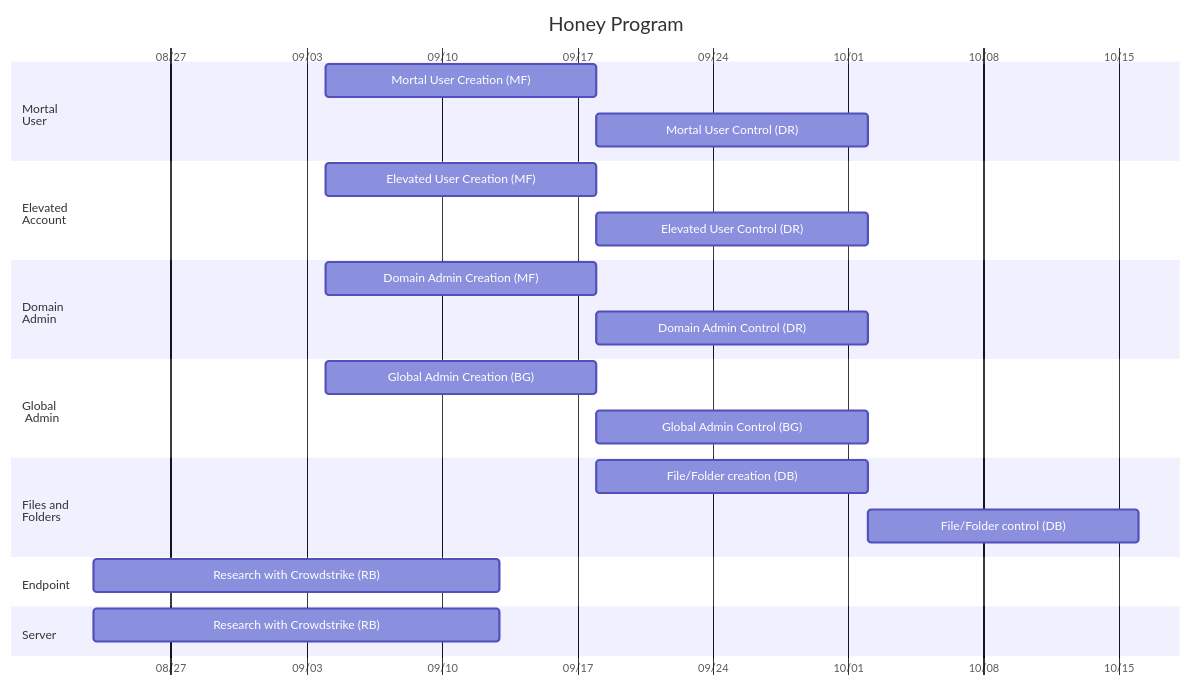
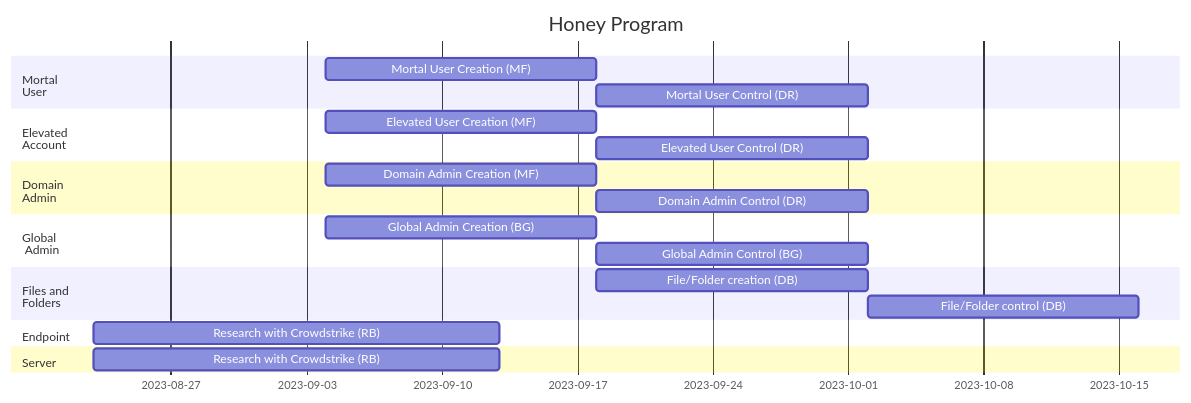
The diagram in Honey.md (stahler/MermaidDiagrams), drawn with Mermaid before and after one commit.

Commit message:
Update format

````diff
--- a/Honey.md
+++ b/Honey.md
@@ -1,46 +1,50 @@
 ```mermaid
-%%{init:{
-    "gantt":{
-        "titleTopMargin":20,
-        "numberSectionStyles":2,
-        "topAxis":"true",
-        "barHeight":30,
-        "barGap":15
+%%{init:
+    {
+        "gantt":{
+            "titleTopMargin":25,
+            "leftPadding":80,
+            "numberSectionStyles":2,
+            %%"topAxis":"true",
+            "axisFormat":"%b-%Y",
+            "barHeight":30,
+            "barGap":15,
+            "useMaxWidth": true
+        }
     }
-}}%%
+}%%
 
 gantt
     title Honey Program
     dateFormat  YYYY-MM-DD
     todayMarker stroke-width:5px,stroke:green,opacity:0.5
     tickInterval 1week
-    axisFormat %m/%d
     %% excludes 2023-09-04, Weekends
     
 section Mortal<br>User
 Mortal User Creation (MF)       :m1,2023-09-04,2w
 Mortal User Control (DR)        :after m1,2w
 
 section Elevated<br>Account
 Elevated User Creation (MF)     :e1,2023-09-04,2w
 Elevated User Control (DR)      :after e1,2w
 
 section Domain<br>Admin
 Domain Admin Creation (MF)      :d1,2023-09-04,2w
 Domain Admin Control (DR)       :after d1,2w
 
 section Global<br> Admin
 Global Admin Creation (BG)      :g1,2023-09-04,2w
 Global Admin Control (BG)       :after g1,2w
 
 section Files and<br>Folders
 File/Folder creation (DB)       :f1,2023-09-18,2w
 File/Folder control (DB)        :after f1,2w
 
 section Endpoint
 Research with Crowdstrike (RB)  :2023-08-23, 3w
 
 section Server
 Research with Crowdstrike (RB)  :2023-08-23, 3w
 
 ```
````
